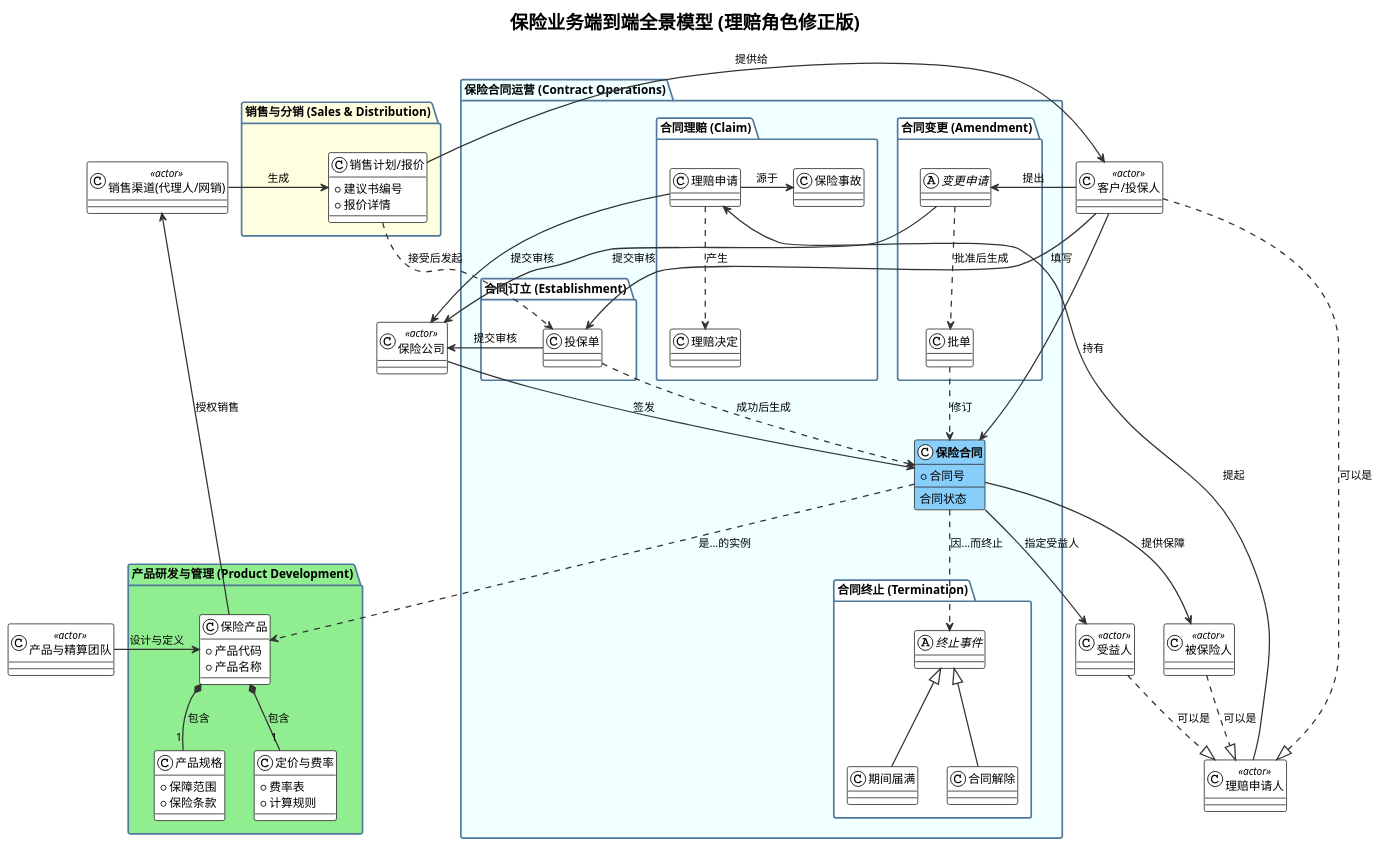
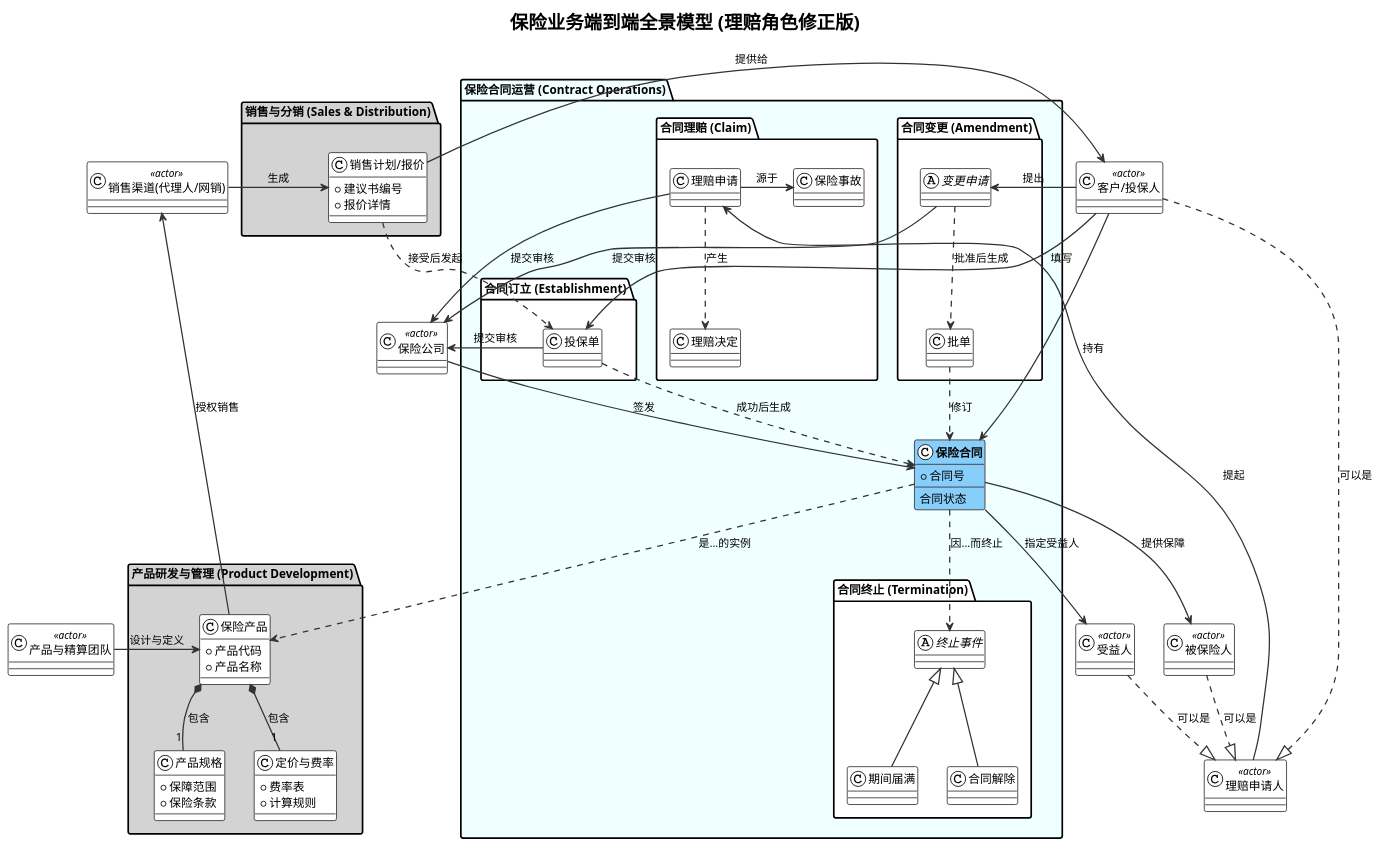
Before and after one commit to abigail830/insurance-modeling: the diagram in logical-modeling/big-model-simplify-v3.puml, drawn with PlantUML. The commit also changed 1 other file, not shown here.

```diff
--- a/logical-modeling/big-model-simplify-v3.puml
+++ b/logical-modeling/big-model-simplify-v3.puml
@@ -1,134 +1,134 @@
 @startuml
 !theme plain
 title "保险业务端到端全景模型 (理赔角色修正版)"
 
 skinparam actorStyle awesome
 skinparam package {
-  borderColor #52799C
+  borderColor #000000
   borderThickness 2
 }
 skinparam arrow {
   thickness 1.5
 }
 skinparam class {
   backgroundColor #White
   borderColor #333333
   arrowColor #333333
 }
 skinparam abstract {
   backgroundColor #FFFACD
 }
 
 ' =========================================
 ' 0. 全局参与者 (Global Actors)
 ' =========================================
 class "产品与精算团队" as ProductTeam <<actor>>
 class "销售渠道(代理人/网销)" as SalesChannel <<actor>>
 class "客户/投保人" as Policyholder <<actor>>
 class "被保险人" as Insured <<actor>>
 class "受益人" as Beneficiary <<actor>>
 class "保险公司" as Insurer <<actor>>
 
 ' V-- CHANGE 1: A new, specific role for the claimant is added. --V
 class "理赔申请人" as Claimant <<actor>>
 
 ' V-- CHANGE 2: Relationships are added to show who can be a claimant. --V
 Policyholder ..|> Claimant : "可以是"
 Insured ..|> Claimant : "可以是"
 Beneficiary ..|> Claimant : "可以是"
 
 
 ' =========================================
 ' 1. 产品研发阶段 (Product Development)
 ' =========================================
-package "产品研发与管理 (Product Development)" #LightGreen {
+package "产品研发与管理 (Product Development)" #LightGrey {
   class "保险产品" as Product {
     + 产品代码
     + 产品名称
   }
   class "产品规格" as ProductSpec {
     + 保障范围
     + 保险条款
   }
   class "定价与费率" as Pricing {
     + 费率表
     + 计算规则
   }
   ProductTeam -> Product : "设计与定义"
   Product *-- "1" ProductSpec : "包含"
   Product *-- "1" Pricing : "包含"
 }
 
 
 ' =========================================
 ' 2. 销售与分销阶段 (Sales & Distribution)
 ' =========================================
-package "销售与分销 (Sales & Distribution)" #LightYellow {
+package "销售与分销 (Sales & Distribution)" #LightGrey {
   class "销售计划/报价" as Proposal {
     + 建议书编号
     + 报价详情
   }
   SalesChannel -> Proposal : "生成"
   Proposal -> Policyholder : "提供给"
 }
 
 
 ' =========================================
 ' 3. 保险合同运营阶段 (Contract Operations)
 ' =========================================
 package "保险合同运营 (Contract Operations)" #Azure {
   class "<b>保险合同</b>" as Contract #LightSkyBlue {
     + 合同号
     --
     合同状态
   }
 
   ' 合同运营内部的静态关系
   Contract --> Insured : "提供保障"
   Contract --> Beneficiary : "指定受益人"
   Policyholder --> Contract : "持有"
   Insurer --> Contract : "签发"
 
   package "合同订立 (Establishment)" {
     class Application as "投保单"
     Policyholder -> Application : "填写"
     Application -> Insurer : "提交审核"
     Application ..> Contract : "成功后生成"
   }
 
   package "合同变更 (Amendment)" {
     abstract class ChangeRequest as "变更申请"
     class Endorsement as "批单"
     Policyholder -> ChangeRequest : "提出"
     ChangeRequest -> Insurer : "提交审核"
     ChangeRequest ..> Endorsement : "批准后生成"
     Endorsement ..> Contract : "修订"
   }
 
   package "合同理赔 (Claim)" {
     class Claim as "理赔申请"
     class InsuredEvent as "保险事故"
     class ClaimDecision as "理赔决定"
     ' V-- CHANGE 3: The action now originates from the correct Claimant role. --V
     Claimant -> Claim : "提起"
     Claim -> InsuredEvent : "源于"
     Claim -> Insurer : "提交审核"
     Claim ..> ClaimDecision : "产生"
   }
 
   package "合同终止 (Termination)" {
     abstract class TerminationEvent as "终止事件"
     class ExpirationEvent as "期间届满" extends TerminationEvent
     class RescissionEvent as "合同解除" extends TerminationEvent
     Contract ..> TerminationEvent : "因...而终止"
   }
 }
 
 ' =========================================
 ' 4. 跨阶段核心关联 (Cross-Stage Core Relationships)
 ' =========================================
 Product -> SalesChannel : "授权销售"
 Proposal ..> Application : "接受后发起"
 Contract ..> Product : "是...的实例"
 
 @enduml
```
